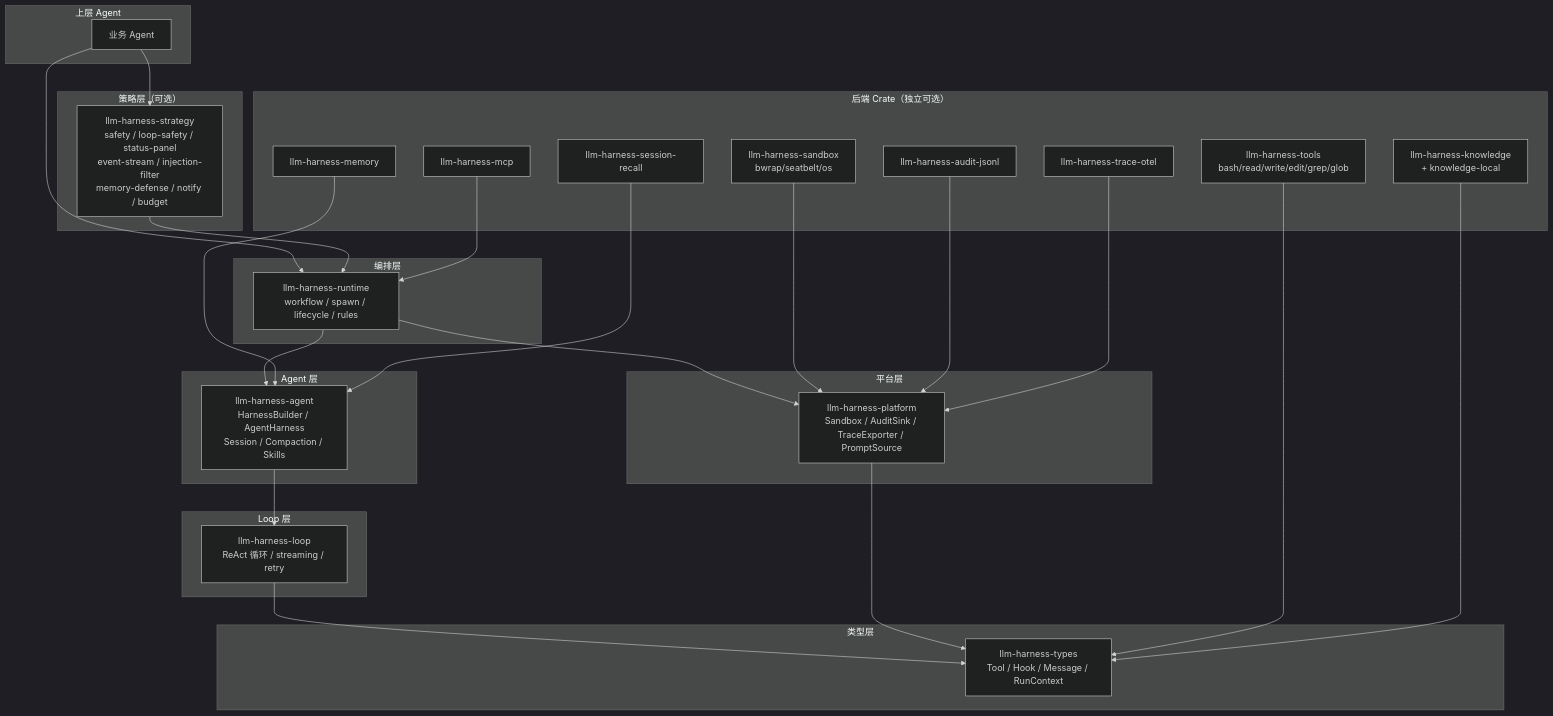
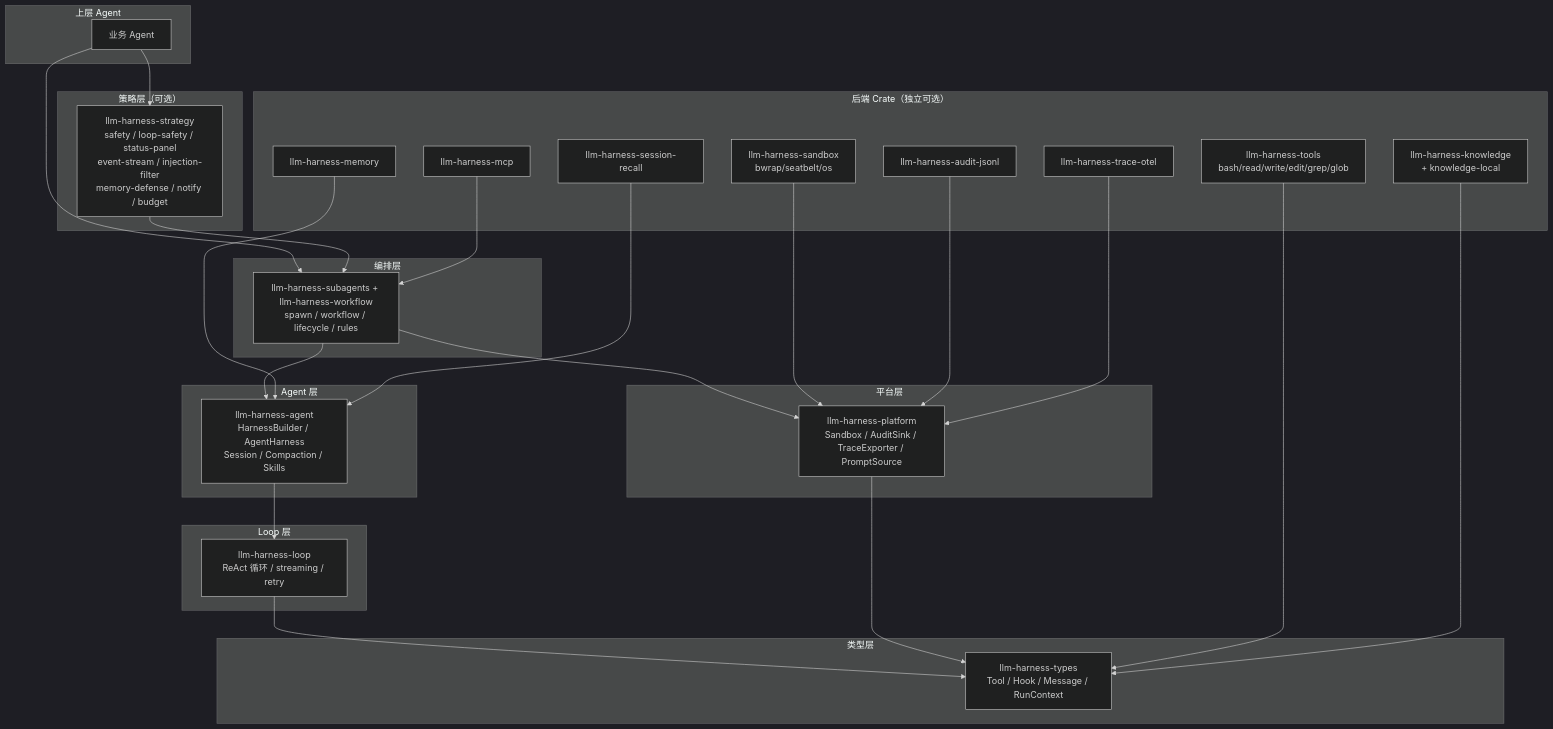
Before and after one commit to oh-my-harness/llm-harness-runtime: the diagram in README.md, drawn with Mermaid (dark theme). The commit also changed other lines of this file and 91 other files, not shown here.

First line of the commit message:
refactor: split llm-harness-runtime into subagents + workflow crates (#126)

````diff
--- a/README.md
+++ b/README.md
@@ -13,58 +13,58 @@
 ```mermaid
 graph TD
     subgraph "上层 Agent"
         SA[业务 Agent]
     end
 
     subgraph "策略层（可选）"
         ST[llm-harness-strategy<br/>safety / loop-safety / status-panel<br/>event-stream / injection-filter<br/>memory-defense / notify / budget]
     end
 
     subgraph "编排层"
-        RT[llm-harness-runtime<br/>workflow / spawn / lifecycle / rules]
+        RT[llm-harness-subagents + llm-harness-workflow<br/>spawn / workflow / lifecycle / rules]
     end
 
     subgraph "Agent 层"
         AG[llm-harness-agent<br/>HarnessBuilder / AgentHarness<br/>Session / Compaction / Skills]
     end
 
     subgraph "Loop 层"
         LP[llm-harness-loop<br/>ReAct 循环 / streaming / retry]
     end
 
     subgraph "类型层"
         TY[llm-harness-types<br/>Tool / Hook / Message / RunContext]
     end
 
     subgraph "平台层"
         PL[llm-harness-platform<br/>Sandbox / AuditSink / TraceExporter / PromptSource]
     end
 
     subgraph "后端 Crate（独立可选）"
         TOOLS[llm-harness-tools<br/>bash/read/write/edit/grep/glob]
         MCP[llm-harness-mcp]
         KN[llm-harness-knowledge<br/>+ knowledge-local]
         MEM[llm-harness-memory]
         SR[llm-harness-session-recall]
         SB[llm-harness-sandbox<br/>bwrap/seatbelt/os]
         AJ[llm-harness-audit-jsonl]
         TO[llm-harness-trace-otel]
     end
 
     SA --> ST
     SA --> RT
     ST --> RT
     RT --> AG
     RT --> PL
     AG --> LP
     LP --> TY
     PL --> TY
     TOOLS --> TY
     MCP --> RT
     KN --> TY
     MEM --> AG
     SR --> AG
     SB --> PL
     AJ --> PL
     TO --> PL
 ```
````
